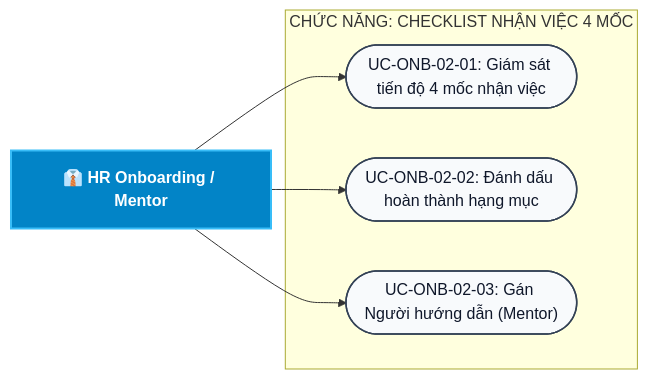
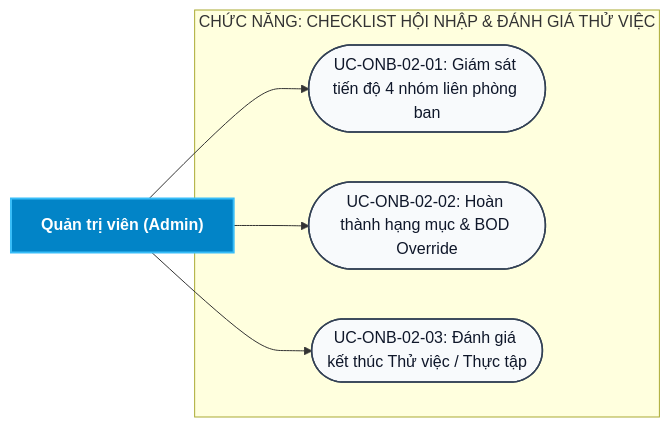
Diagram 13 of 46 in docs/Các biểu đồ/So_Do_Use_Case_Tong_Quat_HRM.md (aye2710/HRM-DATN), drawn with Mermaid before and after one commit. The commit also changed other lines of this file and 69 other files, not shown here.

First line of the commit message:
feat(ess,auth,docs): isolate portal auth, upgrade employee portal UI & sync diagrams

````diff
--- a/docs/Các biểu đồ/So_Do_Use_Case_Tong_Quat_HRM.md
+++ b/docs/Các biểu đồ/So_Do_Use_Case_Tong_Quat_HRM.md
@@ -748,19 +950,19 @@
 ```mermaid
 flowchart LR
-    ADMIN["👔 HR Onboarding / Mentor"]
+    ADMIN["Quản trị viên (Admin)"]
 
-    subgraph FUNC_ONB_CHK ["CHỨC NĂNG: CHECKLIST NHẬN VIỆC 4 MỐC"]
-        UC1(["UC-ONB-02-01: Giám sát tiến độ 4 mốc nhận việc"])
-        UC2(["UC-ONB-02-02: Đánh dấu hoàn thành hạng mục"])
-        UC3(["UC-ONB-02-03: Gán Người hướng dẫn (Mentor)"])
+    subgraph FUNC_ONB_CHK ["CHỨC NĂNG: CHECKLIST HỘI NHẬP & ĐÁNH GIÁ THỬ VIỆC"]
+        UC1(["UC-ONB-02-01: Giám sát tiến độ 4 nhóm liên phòng ban"])
+        UC2(["UC-ONB-02-02: Hoàn thành hạng mục & BOD Override"])
+        UC3(["UC-ONB-02-03: Đánh giá kết thúc Thử việc / Thực tập"])
     end
 
     ADMIN --> UC1
     ADMIN --> UC2
     ADMIN --> UC3
 
     classDef actor fill:#0284c7,stroke:#38bdf8,stroke-width:2px,color:#ffffff,font-weight:bold;
     classDef uc fill:#f8fafc,stroke:#334155,stroke-width:1.5px,color:#0f172a;
     class ADMIN actor;
     class UC1,UC2,UC3 uc;
 ```
````
